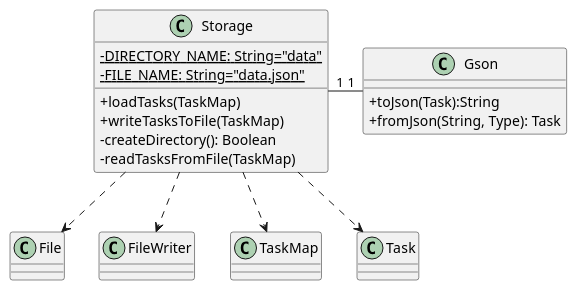
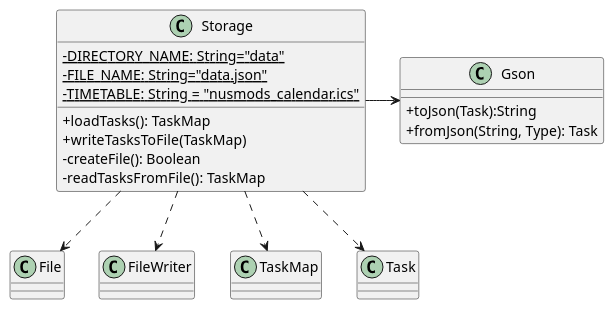
Before and after one commit to nus-cs2113-AY2021S1/tp: the diagram in docs/diagrams/StorageClass.puml, drawn with PlantUML. The commit also changed 27 other files, not shown here.

```diff
--- a/docs/diagrams/StorageClass.puml
+++ b/docs/diagrams/StorageClass.puml
@@ -1,29 +1,30 @@
 @startuml
 
 
 skinparam classAttributeIconSize 0
 class Storage {
    -{static}{field} DIRECTORY_NAME: String="data"
    -{static}{field} FILE_NAME: String="data.json"
-   +{method} loadTasks(TaskMap)
+   -{static}{field} TIMETABLE: String = "nusmods_calendar.ics"
+   +{method} loadTasks(): TaskMap
    +{method} writeTasksToFile(TaskMap)
-   -{method} createDirectory(): Boolean
-   -{method} readTasksFromFile(TaskMap)
+   -{method} createFile(): Boolean
+   -{method} readTasksFromFile(): TaskMap
 }
 
 class Gson {
     +{method} toJson(Task):String
     +{method} fromJson(String, Type): Task
 }
 class File
 class FileWriter
 class TaskMap
 class Task
 
-Storage "1"-"1" Gson
+Storage -> Gson
 Storage -[dashed]-> File
 Storage -[dashed]-> FileWriter
 Storage -[dashed]-> TaskMap
 Storage -[dashed]-> Task
 
 @enduml
```
